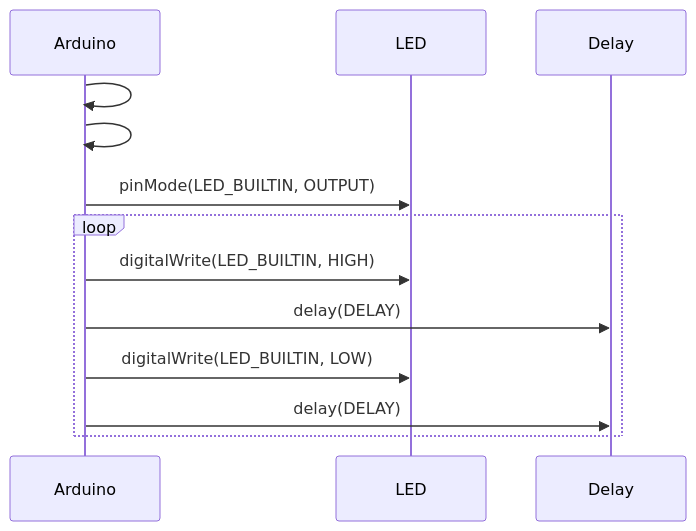
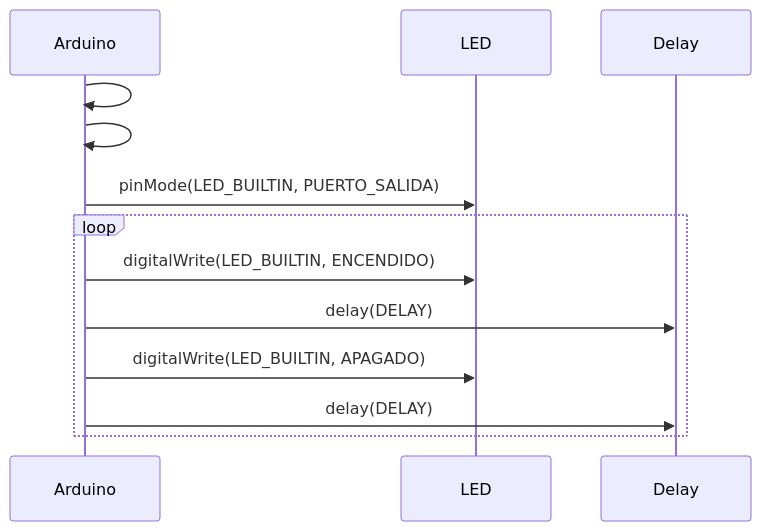
Before and after one commit to XaviFdez/Practica1: the second of 2 diagrams in README.md, drawn with Mermaid.

````diff
--- a/README.md
+++ b/README.md
@@ -190,17 +190,17 @@
 ```mermaid
 sequenceDiagram
     participant Arduino
     participant LED
     participant Delay
 
     Arduino->>Arduino: #define LED_BUILTIN 2
     Arduino->>Arduino: #define DELAY 500
-    Arduino->>LED: pinMode(LED_BUILTIN, OUTPUT)
+    Arduino->>LED: pinMode(LED_BUILTIN, PUERTO_SALIDA)
 
     loop
-        Arduino->>LED: digitalWrite(LED_BUILTIN, HIGH)
+        Arduino->>LED: digitalWrite(LED_BUILTIN, ENCENDIDO)
         Arduino->>Delay: delay(DELAY)
-        Arduino->>LED: digitalWrite(LED_BUILTIN, LOW)
+        Arduino->>LED: digitalWrite(LED_BUILTIN, APAGADO)
         Arduino->>Delay: delay(DELAY)
     end
 ```
````
